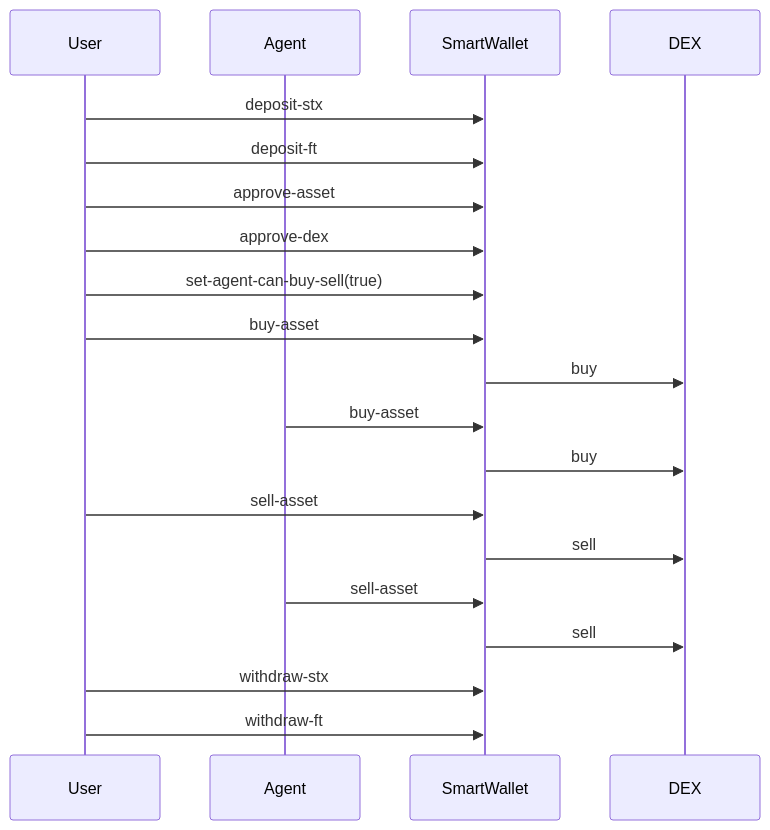
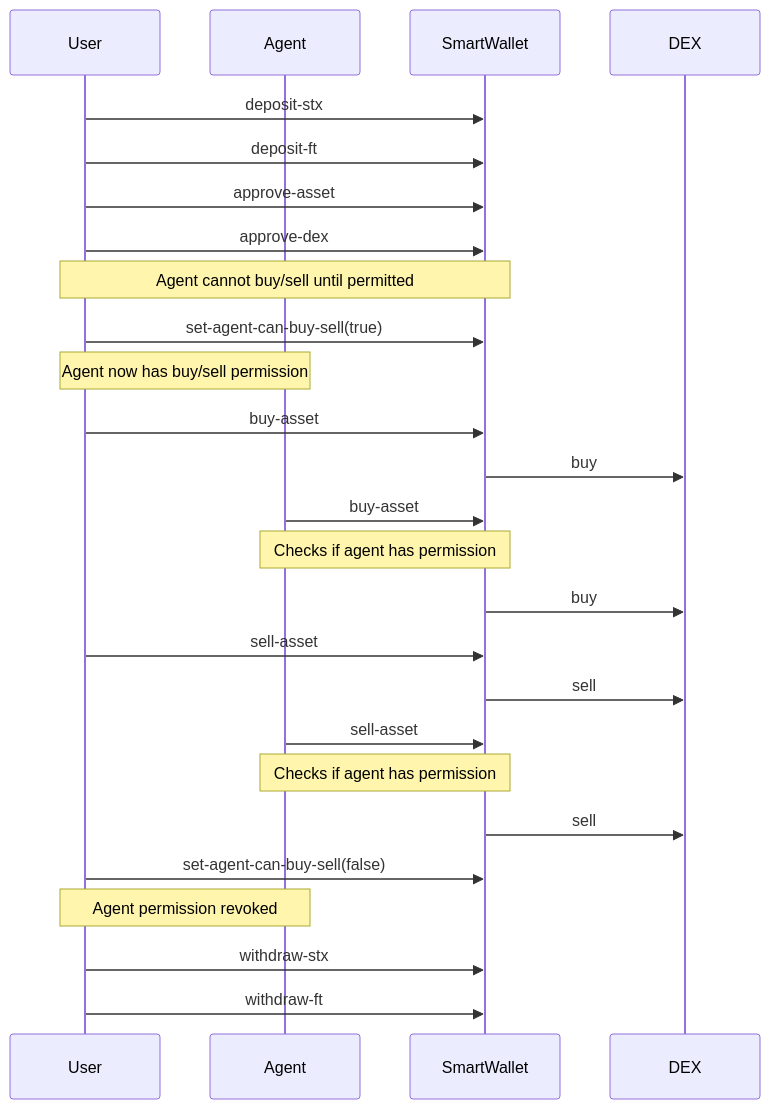
Before and after one commit to aibtcdev/aibtcdev-docs: the second of 2 diagrams in aibtc-contracts/smart-wallet/README.md, drawn with Mermaid. The commit also changed other lines of this file, not shown here.

Commit message:
docs: Update README with agent trading permission details

````diff
--- a/aibtc-contracts/smart-wallet/README.md
+++ b/aibtc-contracts/smart-wallet/README.md
@@ -189,28 +189,37 @@
 ```mermaid
 sequenceDiagram
     participant User
     participant Agent
     participant SmartWallet
     participant DEX
     
     User->>SmartWallet: deposit-stx
     User->>SmartWallet: deposit-ft
     User->>SmartWallet: approve-asset
     User->>SmartWallet: approve-dex
+    
+    Note over User,SmartWallet: Agent cannot buy/sell until permitted
+    
     User->>SmartWallet: set-agent-can-buy-sell(true)
+    Note over User,Agent: Agent now has buy/sell permission
     
     User->>SmartWallet: buy-asset
     SmartWallet->>DEX: buy
     
     Agent->>SmartWallet: buy-asset
+    Note over Agent,SmartWallet: Checks if agent has permission
     SmartWallet->>DEX: buy
     
     User->>SmartWallet: sell-asset
     SmartWallet->>DEX: sell
     
     Agent->>SmartWallet: sell-asset
+    Note over Agent,SmartWallet: Checks if agent has permission
     SmartWallet->>DEX: sell
+    
+    User->>SmartWallet: set-agent-can-buy-sell(false)
+    Note over User,Agent: Agent permission revoked
     
     User->>SmartWallet: withdraw-stx
     User->>SmartWallet: withdraw-ft
 ```
````
